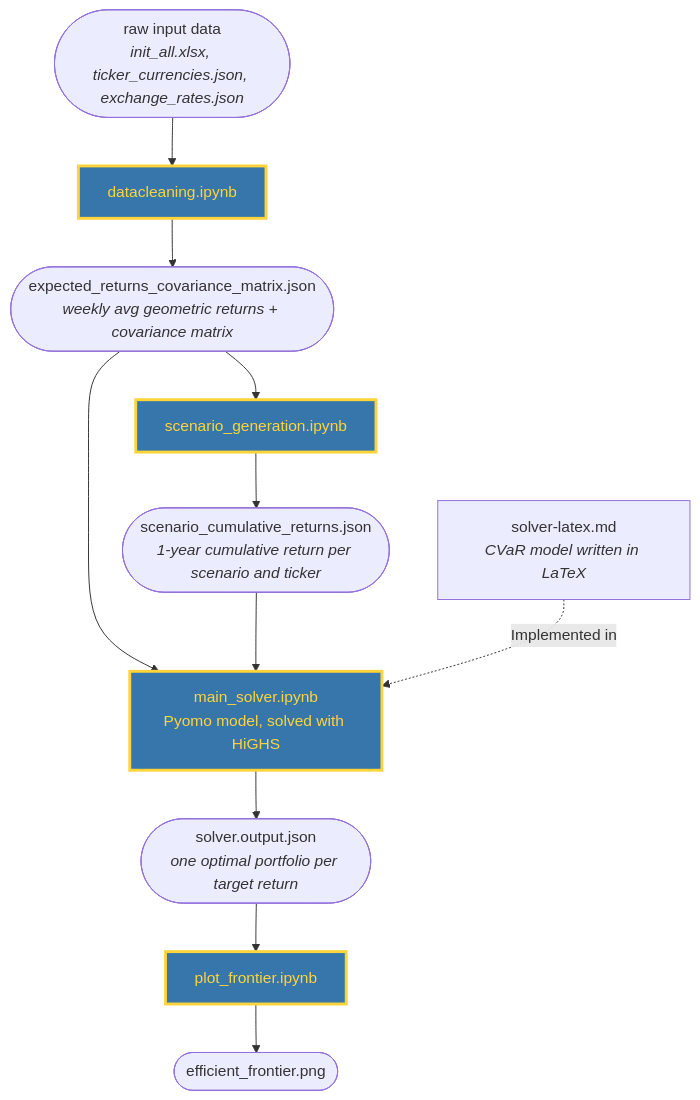
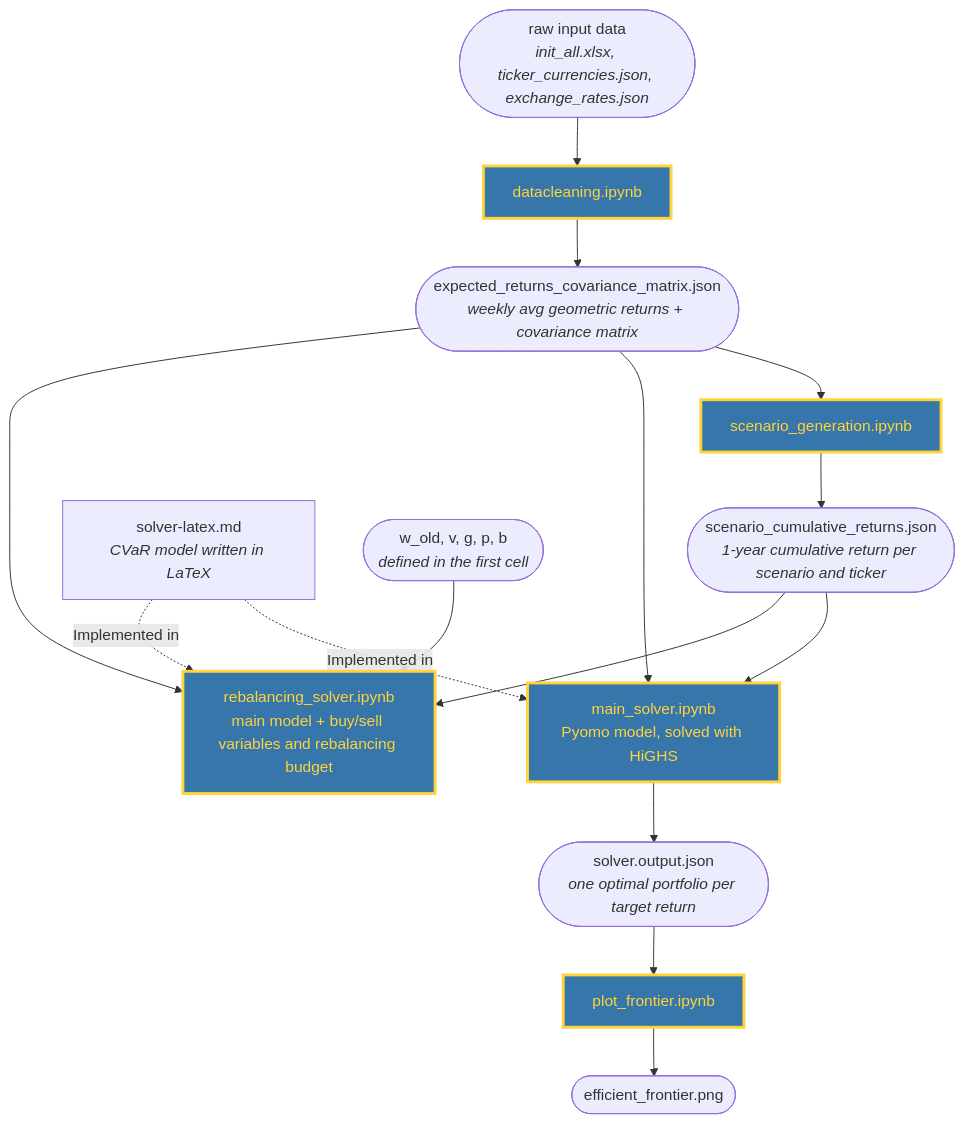
One commit to RavSeime/or-central-repo changed the diagram in main-assignment/README.md. Above: the diagram before and after it, drawn with Mermaid. The commit also changed other lines of this file and 2 other files, not shown here.

Commit message:
Add rebalancing solver notebook
Extends the CVaR model with buy/sell variables, fixed and proportional
transaction costs and a rebalancing budget, starting from a given w_old.
Also fixes the binary domain and the tech share value (0.3) in the LaTeX
and adds the notebook to the README.

````diff
--- a/main-assignment/README.md
+++ b/main-assignment/README.md
@@ -7,31 +7,38 @@
 ```mermaid
 flowchart TD
 
 raw([raw input data<br><i>init_all.xlsx, ticker_currencies.json, exchange_rates.json</i>])
 
 clean[datacleaning.ipynb]:::python
 stats([expected_returns_covariance_matrix.json<br><i>weekly avg geometric returns + covariance matrix</i>])
 
 scen[scenario_generation.ipynb]:::python
 scen_out([scenario_cumulative_returns.json<br><i>1-year cumulative return per scenario and ticker</i>])
 
 latex[solver-latex.md<br><i>CVaR model written in LaTeX</i>]
 solver[main_solver.ipynb<br>Pyomo model, solved with HiGHS]:::python
 solver_out([solver.output.json<br><i>one optimal portfolio per target return</i>])
 
 plot[plot_frontier.ipynb]:::python
 plot_out([efficient_frontier.png])
 
+rebal[rebalancing_solver.ipynb<br>main model + buy/sell variables and rebalancing budget]:::python
+w_old([w_old, v, g, p, b<br><i>defined in the first cell</i>])
+
 raw --> clean
 clean --> stats
 stats --> scen
 scen --> scen_out
 stats --> solver
 scen_out --> solver
 latex -. "Implemented in" .-> solver
 solver --> solver_out
 solver_out --> plot
 plot --> plot_out
+stats --> rebal
+scen_out --> rebal
+w_old --> rebal
+latex -. "Implemented in" .-> rebal
 
 classDef python fill:#3776AB,stroke:#FFD43B,stroke-width:3px,color:#FFD43B
 ```
````
